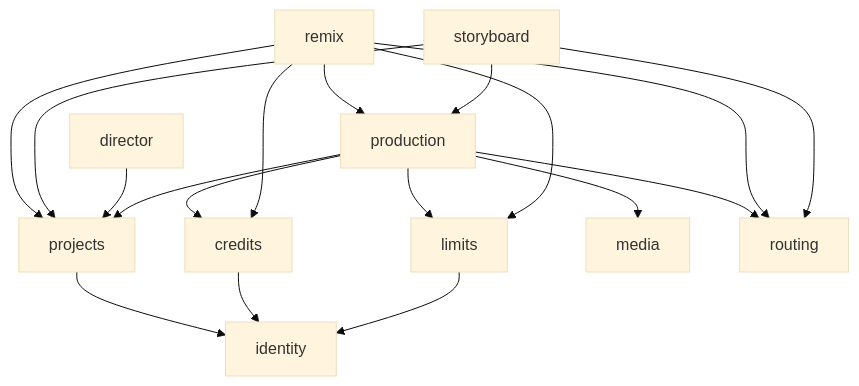
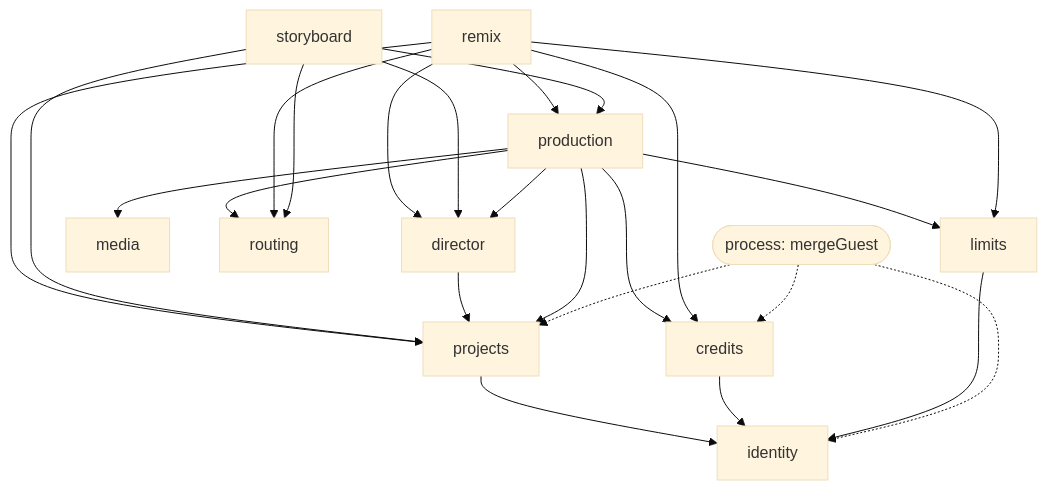
The second of 5 diagrams in docs/architecture.md (Webtech12/higgsfield-ai-clone), drawn with Mermaid (base theme) before and after one commit. The commit also changed other lines of this file and 18 other files, not shown here.

````diff
--- a/docs/architecture.md
+++ b/docs/architecture.md
@@ -93,20 +96,26 @@
 ```mermaid
 flowchart TD
   remix --> production
   remix --> projects
+  remix --> director
   storyboard --> production
   storyboard --> projects
+  storyboard --> director
+  production --> director
   director --> projects
   production --> projects
   production --> credits
   production --> limits
   production --> media
   production --> routing
   remix --> routing
   remix --> credits
   remix --> limits
   storyboard --> routing
   projects --> identity
   credits --> identity
   limits --> identity
+  mergeGuest(["process: mergeGuest"]) -.-> identity
+  mergeGuest -.-> projects
+  mergeGuest -.-> credits
 ```
````
